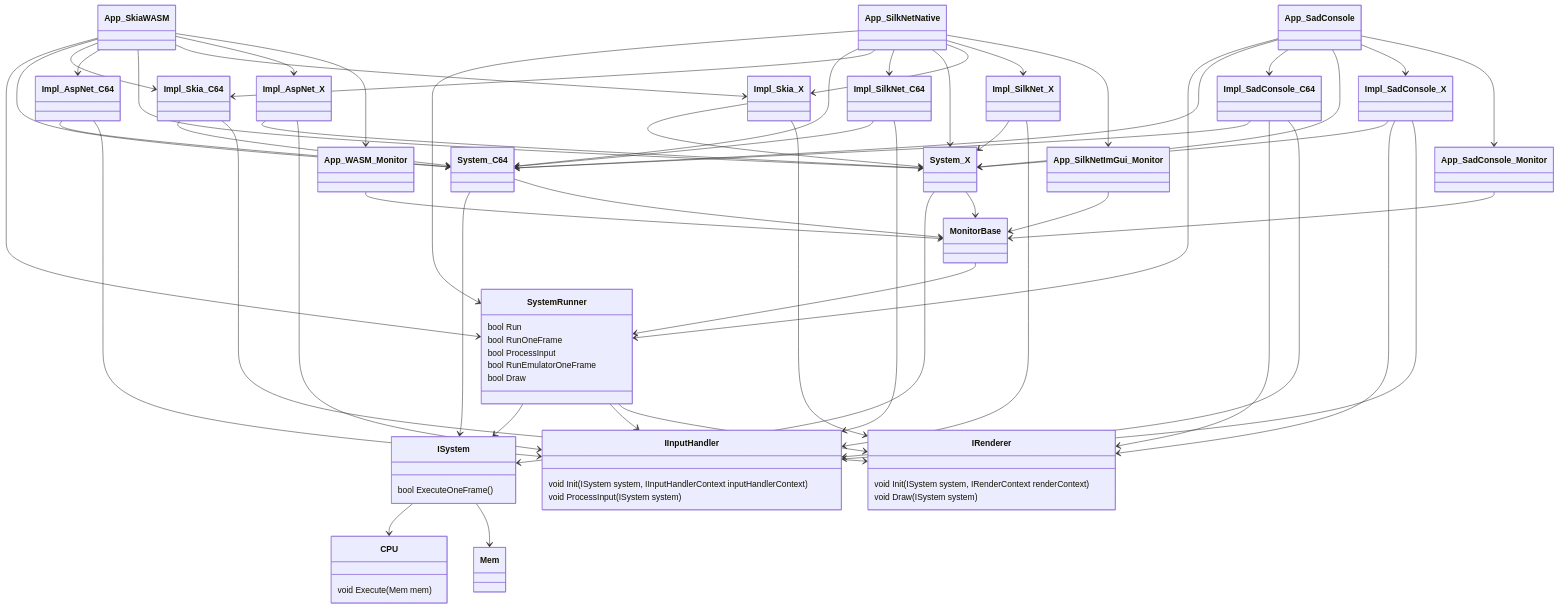
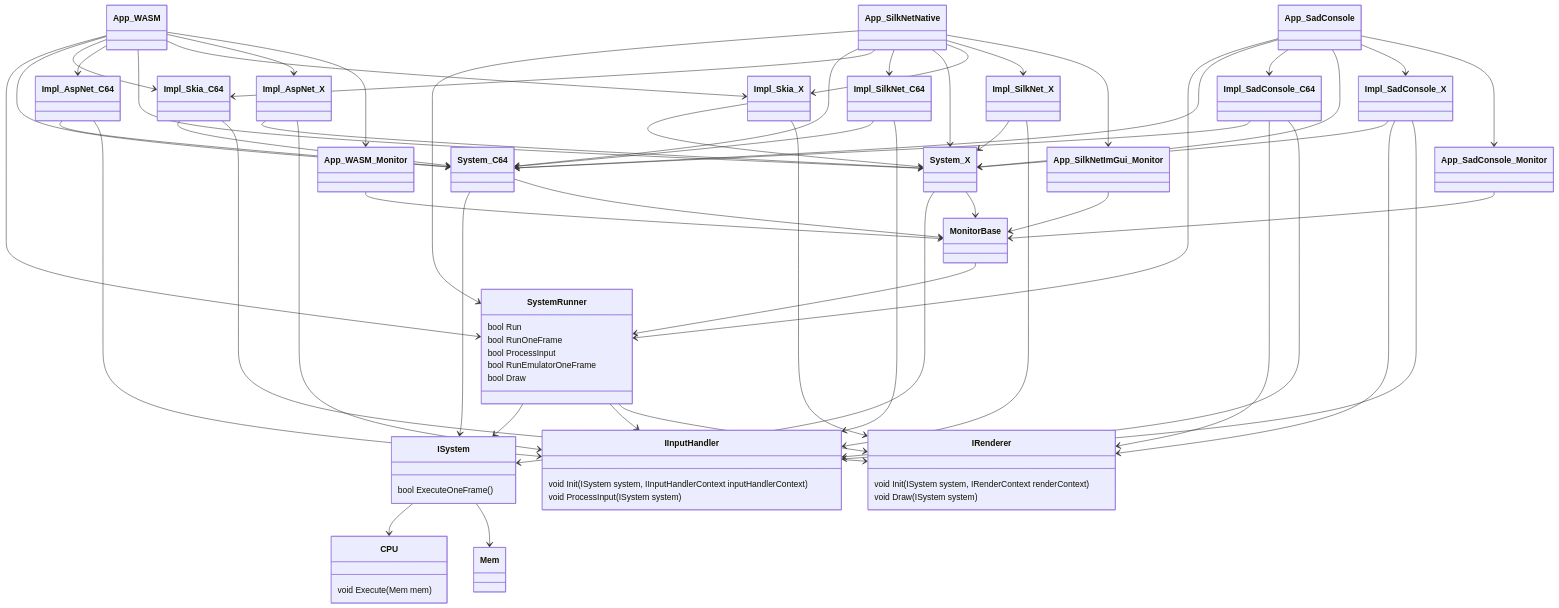
The first of 2 diagrams in doc/SYSYEM_DIAGRAM.md (highbyte/dotnet-6502), drawn with Mermaid before and after one commit. The commit also changed 98 other files, not shown here.

Commit message:
Refactor namespace SkiaWASM to WASM

````diff
--- a/doc/SYSYEM_DIAGRAM.md
+++ b/doc/SYSYEM_DIAGRAM.md
@@ -1,15 +1,15 @@
 ```mermaid
 classDiagram
 
-App_SkiaWASM
-App_SkiaWASM --> SystemRunner
-App_SkiaWASM --> System_C64
-App_SkiaWASM --> Impl_Skia_C64
-App_SkiaWASM --> Impl_AspNet_C64
-App_SkiaWASM --> System_X
-App_SkiaWASM --> Impl_Skia_X
-App_SkiaWASM --> Impl_AspNet_X
-App_SkiaWASM --> App_WASM_Monitor
+App_WASM
+App_WASM --> SystemRunner
+App_WASM --> System_C64
+App_WASM --> Impl_Skia_C64
+App_WASM --> Impl_AspNet_C64
+App_WASM --> System_X
+App_WASM --> Impl_Skia_X
+App_WASM --> Impl_AspNet_X
+App_WASM --> App_WASM_Monitor
 App_WASM_Monitor --> MonitorBase
 
 App_SilkNetNative
````
